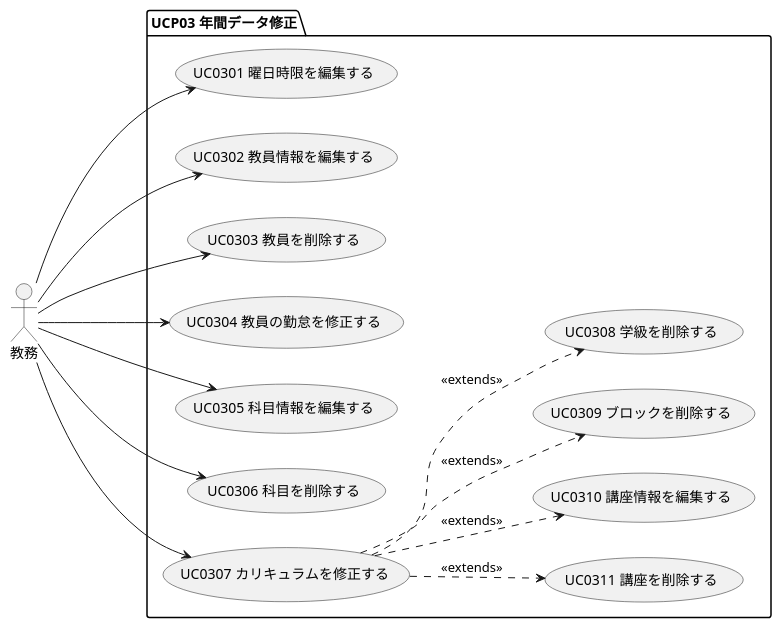
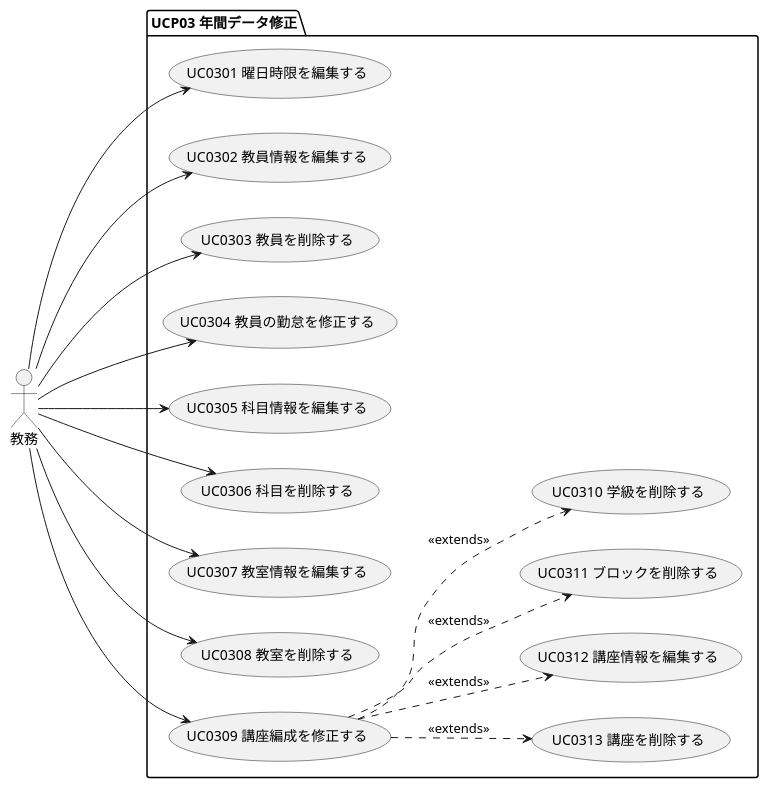
The diagram in docs/03_システム要件定義/02_ユースケース図/UCP03_年間データ修正.pu (takayanag-i/working-in-progress), drawn with PlantUML before and after one commit. The commit also changed 2 other files, not shown here.

```diff
--- a/docs/03_システム要件定義/02_ユースケース図/UCP03_年間データ修正.pu
+++ b/docs/03_システム要件定義/02_ユースケース図/UCP03_年間データ修正.pu
@@ -1,19 +1,21 @@
 @startuml usecase diagram
 left to right direction
 actor 教務
 
 package "UCP03 年間データ修正" {
     教務--->(UC0301 曜日時限を編集する)
     教務--->(UC0302 教員情報を編集する)
     教務--->(UC0303 教員を削除する)
     教務--->(UC0304 教員の勤怠を修正する)
     教務--->(UC0305 科目情報を編集する)
     教務--->(UC0306 科目を削除する)
-    教務--->(UC0307 カリキュラムを修正する)
+    教務--->(UC0307 教室情報を編集する)
+    教務--->(UC0308 教室を削除する)
+    教務--->(UC0309 講座編成を修正する)
 
-    (UC0307 カリキュラムを修正する) ..> (UC0311 講座を削除する) : <<extends>>
-    (UC0307 カリキュラムを修正する) ..> (UC0310 講座情報を編集する) : <<extends>>
-    (UC0307 カリキュラムを修正する) ..> (UC0309 ブロックを削除する) : <<extends>>
-    (UC0307 カリキュラムを修正する) ..> (UC0308 学級を削除する) : <<extends>> 
+    (UC0309 講座編成を修正する) ..> (UC0313 講座を削除する) : <<extends>>
+    (UC0309 講座編成を修正する) ..> (UC0312 講座情報を編集する) : <<extends>>
+    (UC0309 講座編成を修正する) ..> (UC0311 ブロックを削除する) : <<extends>>
+    (UC0309 講座編成を修正する) ..> (UC0310 学級を削除する) : <<extends>> 
 }
 @enduml
```
